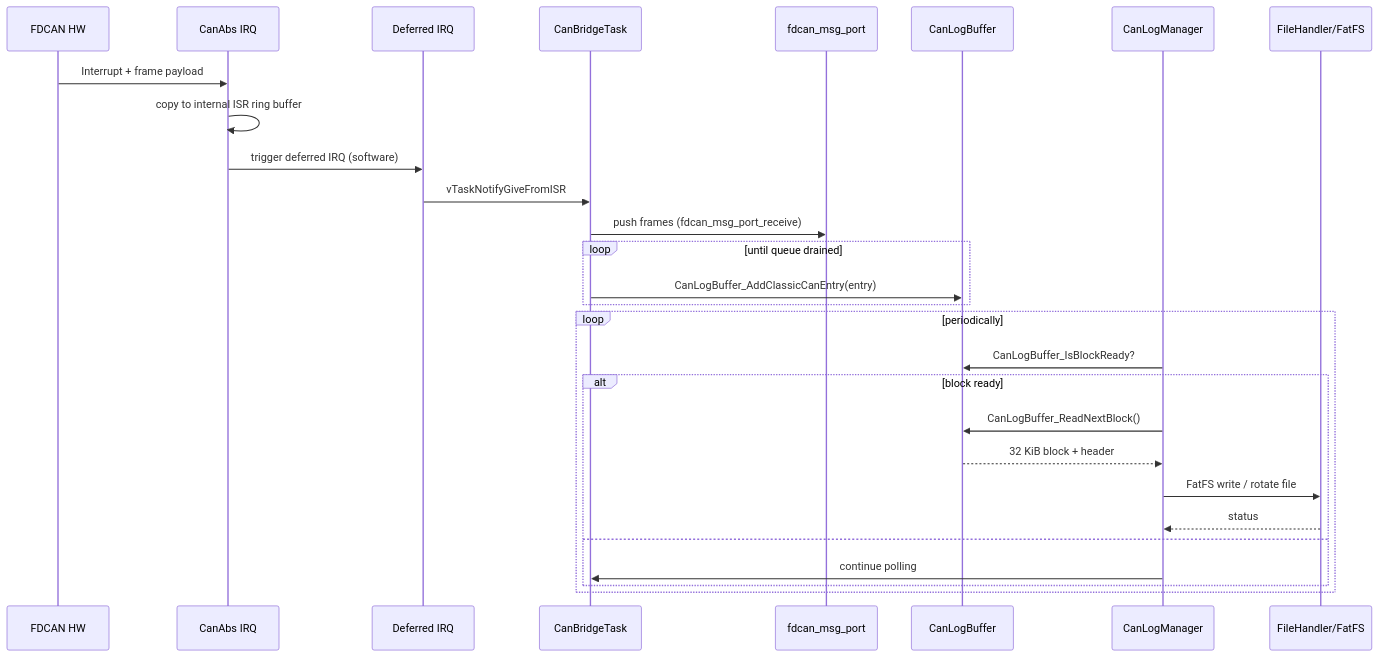
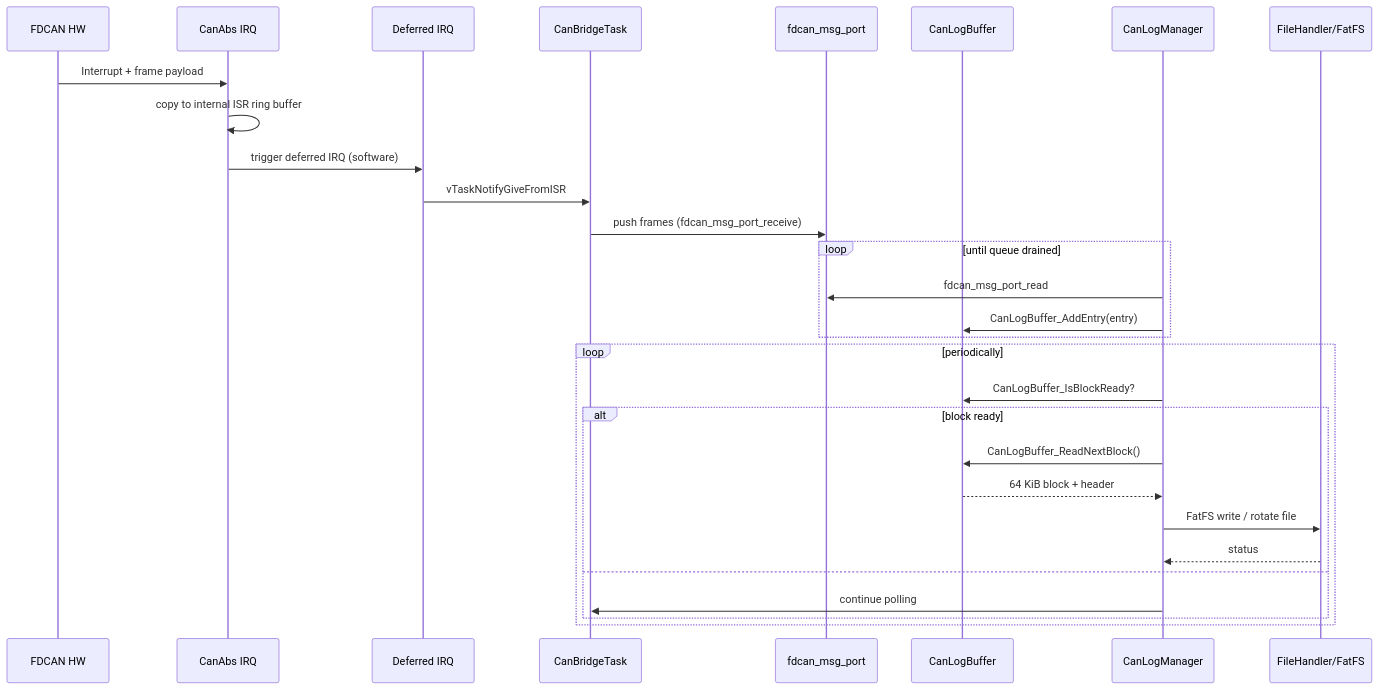
The diagram in doc/images/can-logging_runtime.md (Clomann/stm32h7-CAN-sniffer), drawn with Mermaid before and after one commit. The commit also changed 18 other files, not shown here.

````diff
--- a/doc/images/can-logging_runtime.md
+++ b/doc/images/can-logging_runtime.md
@@ -3,31 +3,32 @@
 ```mermaid
 sequenceDiagram
     participant HW as FDCAN HW
     participant CanAbs as CanAbs IRQ
     participant Deferred as Deferred IRQ
     participant Bridge as CanBridgeTask
     participant MsgPort as fdcan_msg_port
     participant Buffer as CanLogBuffer
     participant Manager as CanLogManager
     participant FS as FileHandler/FatFS
 
     HW->>CanAbs: Interrupt + frame payload
     CanAbs->>CanAbs: copy to internal ISR ring buffer
     CanAbs->>Deferred: trigger deferred IRQ (software)
     Deferred->>Bridge: vTaskNotifyGiveFromISR
     Bridge->>MsgPort: push frames (fdcan_msg_port_receive)
     loop until queue drained
-        Bridge->>Buffer: CanLogBuffer_AddClassicCanEntry(entry)
+        Manager->>MsgPort: fdcan_msg_port_read
+        Manager->>Buffer: CanLogBuffer_AddEntry(entry)
     end
     loop periodically
         Manager->>Buffer: CanLogBuffer_IsBlockReady?
         alt block ready
             Manager->>Buffer: CanLogBuffer_ReadNextBlock()
-            Buffer-->>Manager: 32 KiB block + header
+            Buffer-->>Manager: 64 KiB block + header
             Manager->>FS: FatFS write / rotate file
             FS-->>Manager: status
         else
             Manager->>Bridge: continue polling
         end
     end
 ```
````
